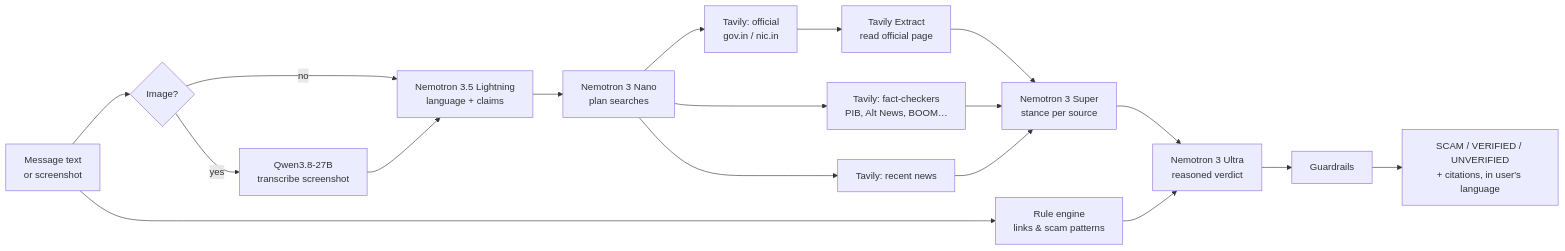
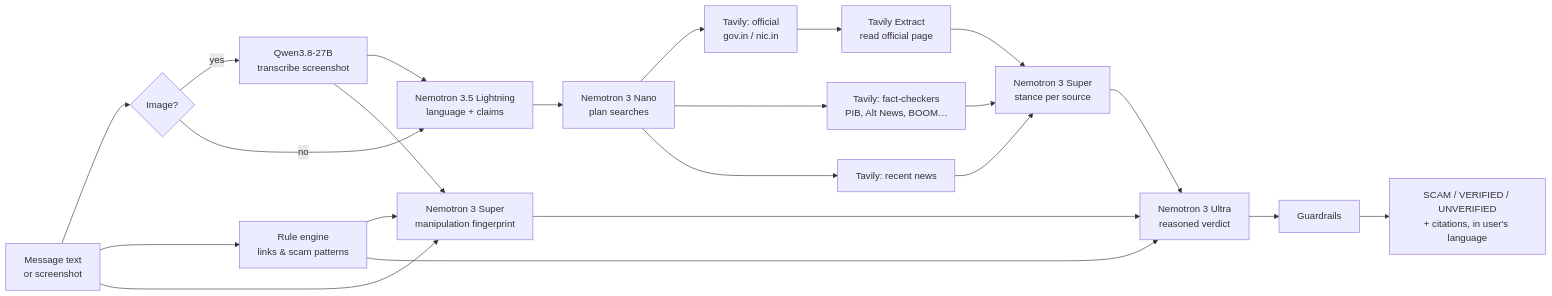
The diagram in README.md (dhivan-r-v/claimcheck), drawn with Mermaid before and after one commit. The commit also changed other lines of this file and 7 other files, not shown here.

````diff
--- a/README.md
+++ b/README.md
@@ -60,19 +86,23 @@
 ```mermaid
 flowchart LR
     A[Message text<br/>or screenshot] --> B{Image?}
     B -- yes --> V[Qwen3.8-27B<br/>transcribe screenshot]
     B -- no --> U
     V --> U[Nemotron 3.5 Lightning<br/>language + claims]
     A --> R[Rule engine<br/>links & scam patterns]
+    V --> F
+    A --> F[Nemotron 3 Super<br/>manipulation fingerprint]
+    R --> F
+    F --> J
     U --> P[Nemotron 3 Nano<br/>plan searches]
     P --> S1[Tavily: official<br/>gov.in / nic.in]
     P --> S2[Tavily: fact-checkers<br/>PIB, Alt News, BOOM…]
     P --> S3[Tavily: recent news]
     S1 --> X[Tavily Extract<br/>read official page]
     X --> W[Nemotron 3 Super<br/>stance per source]
     S2 --> W
     S3 --> W
     W --> J[Nemotron 3 Ultra<br/>reasoned verdict]
     R --> J
     J --> G[Guardrails] --> O[SCAM / VERIFIED / UNVERIFIED<br/>+ citations, in user's language]
 ```
````
